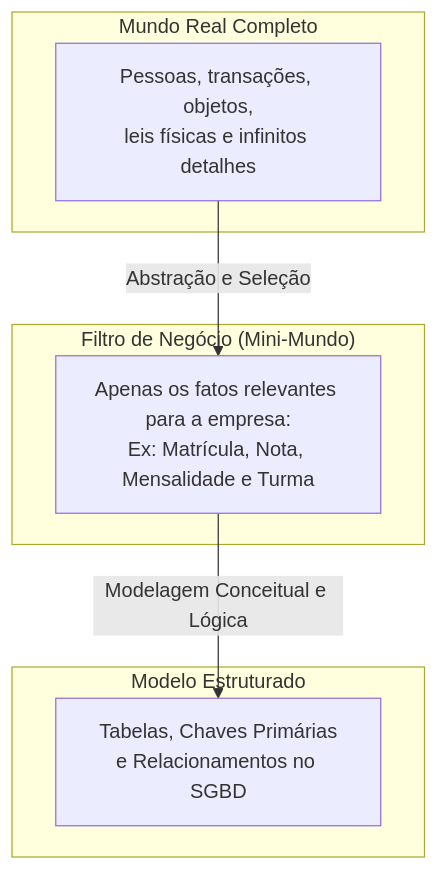
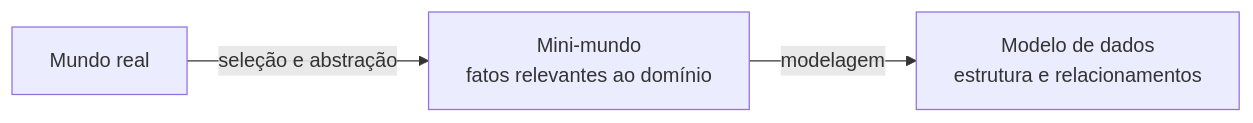
Before and after one commit to leorruas/puc: the fourth of 4 diagrams in 02. Modelagem de Dados/02. Abordagem de arquivos vs. abordagem de banco de dados.md, drawn with Mermaid. The commit also changed other lines of this file, not shown here.

Commit message:
Normaliza Mermaid de arquivos e bancos de dados

````diff
--- a/02. Modelagem de Dados/02. Abordagem de arquivos vs. abordagem de banco de dados.md
+++ b/02. Modelagem de Dados/02. Abordagem de arquivos vs. abordagem de banco de dados.md
@@ -160,17 +154,9 @@
 ```mermaid
-flowchart TD
-    subgraph SubgraphRealidade["Mundo Real Completo"]
-        Real["Pessoas, transações, objetos,<br>leis físicas e infinitos detalhes"]
-    end
+flowchart LR
+    Realidade["Mundo real"]:::external
+    MiniMundo["Mini-mundo<br>fatos relevantes ao domínio"]:::core
+    Modelo["Modelo de dados<br>estrutura e relacionamentos"]:::data
 
-    subgraph SubgraphMiniMundo["Filtro de Negócio (Mini-Mundo)"]
-        Mini["Apenas os fatos relevantes para a empresa:<br>Ex: Matrícula, Nota, Mensalidade e Turma"]
-    end
-
-    subgraph SubgraphModeloDados["Modelo Estruturado"]
-        Modelo["Tabelas, Chaves Primárias<br>e Relacionamentos no SGBD"]
-    end
-
-    Real -->|"Abstração e Seleção"| Mini
-    Mini -->|"Modelagem Conceitual e Lógica"| Modelo
+    Realidade -->|"seleção e abstração"| MiniMundo
+    MiniMundo -->|"modelagem"| Modelo
 ```
````
